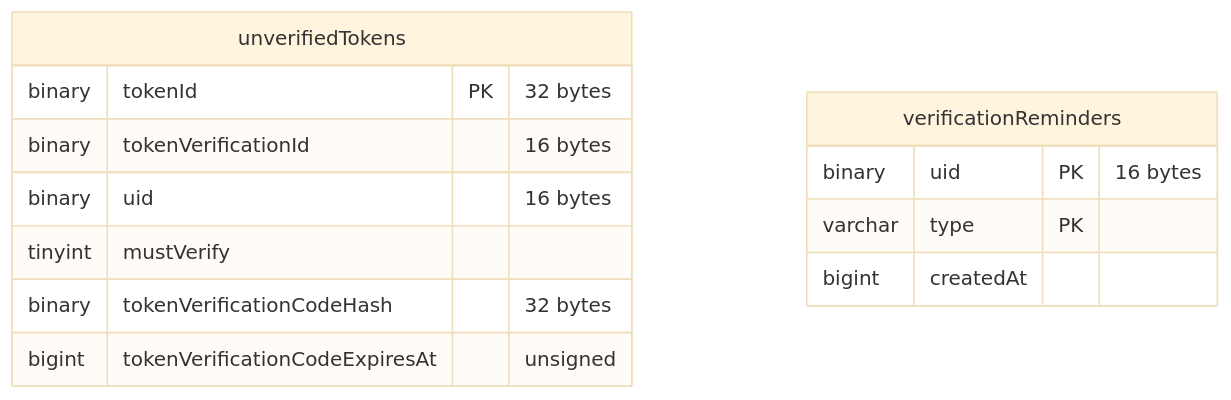
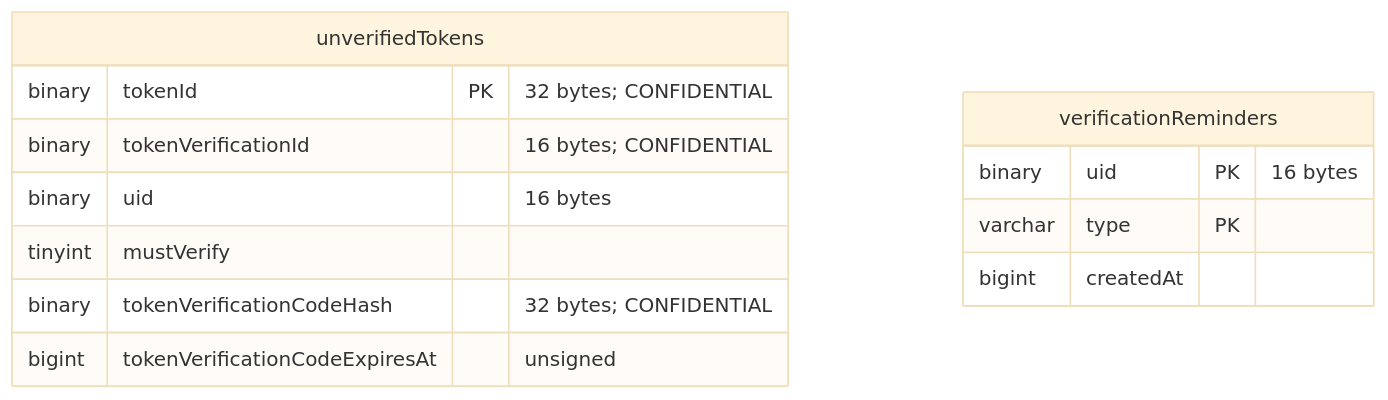
The seventh of 10 diagrams in docs/reference/database-structure.md (mozilla/ecosystem-platform), drawn with Mermaid (base theme) before and after one commit. The commit also changed other lines of this file, not shown here.

````diff
--- a/docs/reference/database-structure.md
+++ b/docs/reference/database-structure.md
@@ -233,16 +233,16 @@
 ```mermaid
 erDiagram
     unverifiedTokens {
-        binary tokenId PK "32 bytes"
-        binary tokenVerificationId "16 bytes"
+        binary tokenId PK "32 bytes; CONFIDENTIAL"
+        binary tokenVerificationId "16 bytes; CONFIDENTIAL"
         binary uid "16 bytes"
         tinyint mustVerify
-        binary tokenVerificationCodeHash "32 bytes"
+        binary tokenVerificationCodeHash "32 bytes; CONFIDENTIAL"
         bigint tokenVerificationCodeExpiresAt "unsigned"
     }
     verificationReminders {
         binary uid PK "16 bytes"
         varchar type PK
         bigint createdAt
     }
 ```
````
